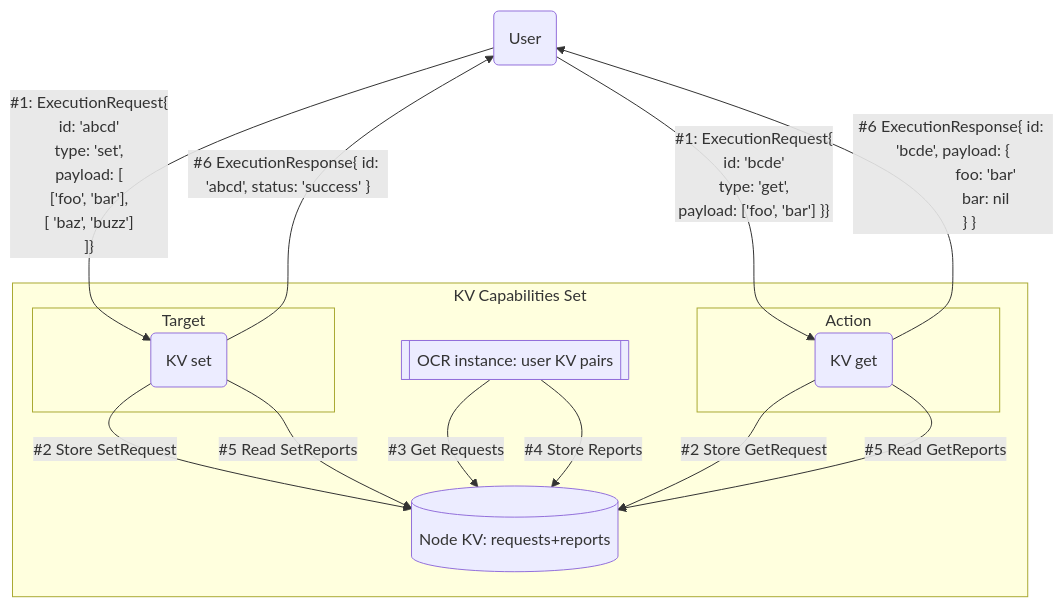
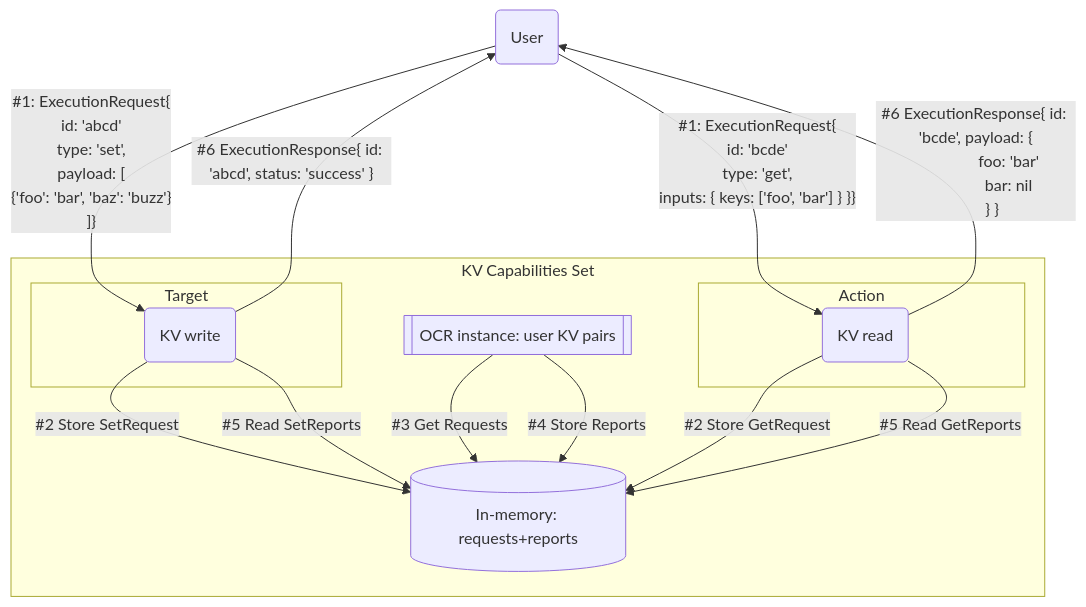
The diagram in kvstore/README.md (smartcontractkit/capabilities), drawn with Mermaid before and after one commit. The commit also changed other lines of this file and 2 other files, not shown here.

````diff
--- a/kvstore/README.md
+++ b/kvstore/README.md
@@ -5,41 +5,40 @@
 ```mermaid
 flowchart TB
 	user(User)
 	subgraph KV Capabilities Set
 		subgraph Action
-			action(KV get)
+			action(KV read)
 		end
 		subgraph Target
-			target(KV set)
+			target(KV write)
 		end
-		requests-inbox[(Node KV: requests+reports)]
+		requests[(In-memory: requests+reports)]
 		oracle[[OCR instance: user KV pairs]]
 	end
 
 	user--"#1: ExecutionRequest{
 		id: 'abcd'
 		type: 'set',
 		payload: [
-			['foo', 'bar'],
-			[ 'baz', 'buzz']
+			{'foo': 'bar', 'baz': 'buzz'}
 		]}"-->target
 	user--"#1: ExecutionRequest{
 		id: 'bcde'
 		type: 'get',
-		payload: ['foo', 'bar'] }}"-->action
+		inputs: { keys: ['foo', 'bar'] } }}"-->action
 
-	target--"#2 Store SetRequest"-->requests-inbox
-	target--"#5 Read SetReports"-->requests-inbox
+	target--"#2 Store SetRequest"-->requests
+	target--"#5 Read SetReports"-->requests
 	target--"#6 ExecutionResponse{ id: 'abcd', status: 'success' }"-->user
 
-	oracle--"#3 Get Requests"-->requests-inbox
-	oracle--"#4 Store Reports"-->requests-inbox
+	oracle--"#3 Get Requests"-->requests
+	oracle--"#4 Store Reports"-->requests
 
-	action--"#2 Store GetRequest"-->requests-inbox
-	action--"#5 Read GetReports"-->requests-inbox
+	action--"#2 Store GetRequest"-->requests
+	action--"#5 Read GetReports"-->requests
 	action--"#6 ExecutionResponse{ id: 'bcde', payload: {
 		foo: 'bar'
 		bar: nil
 	} }"-->user
 
 ```
````
